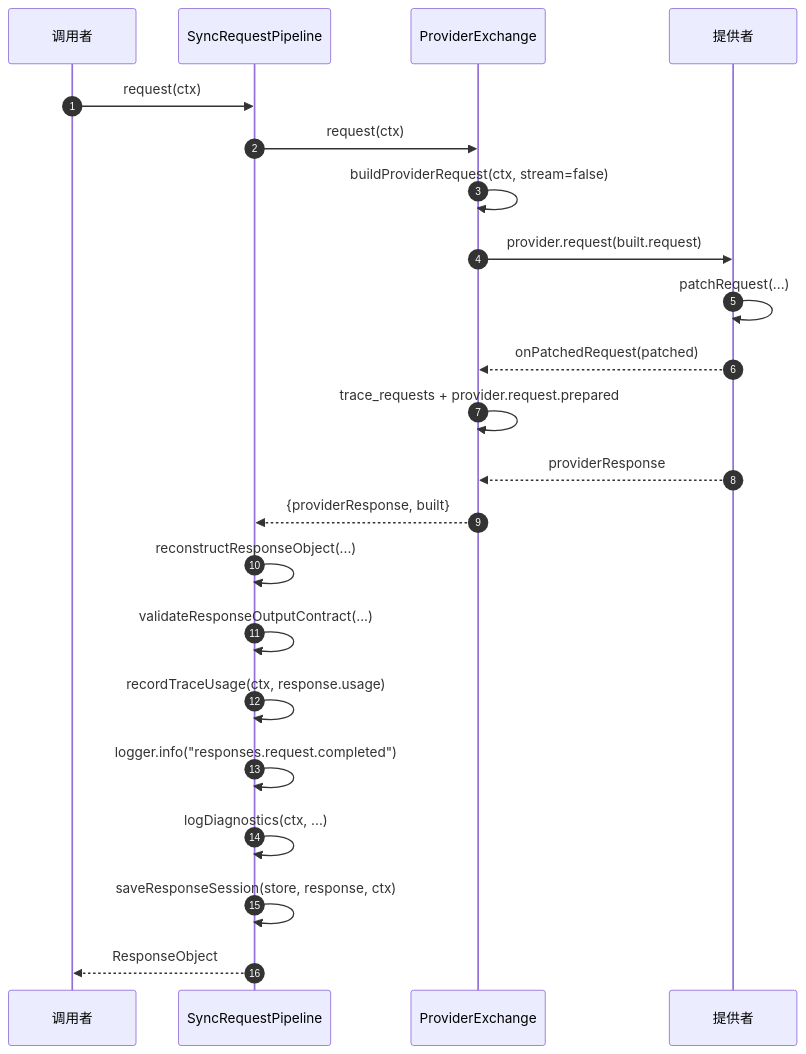
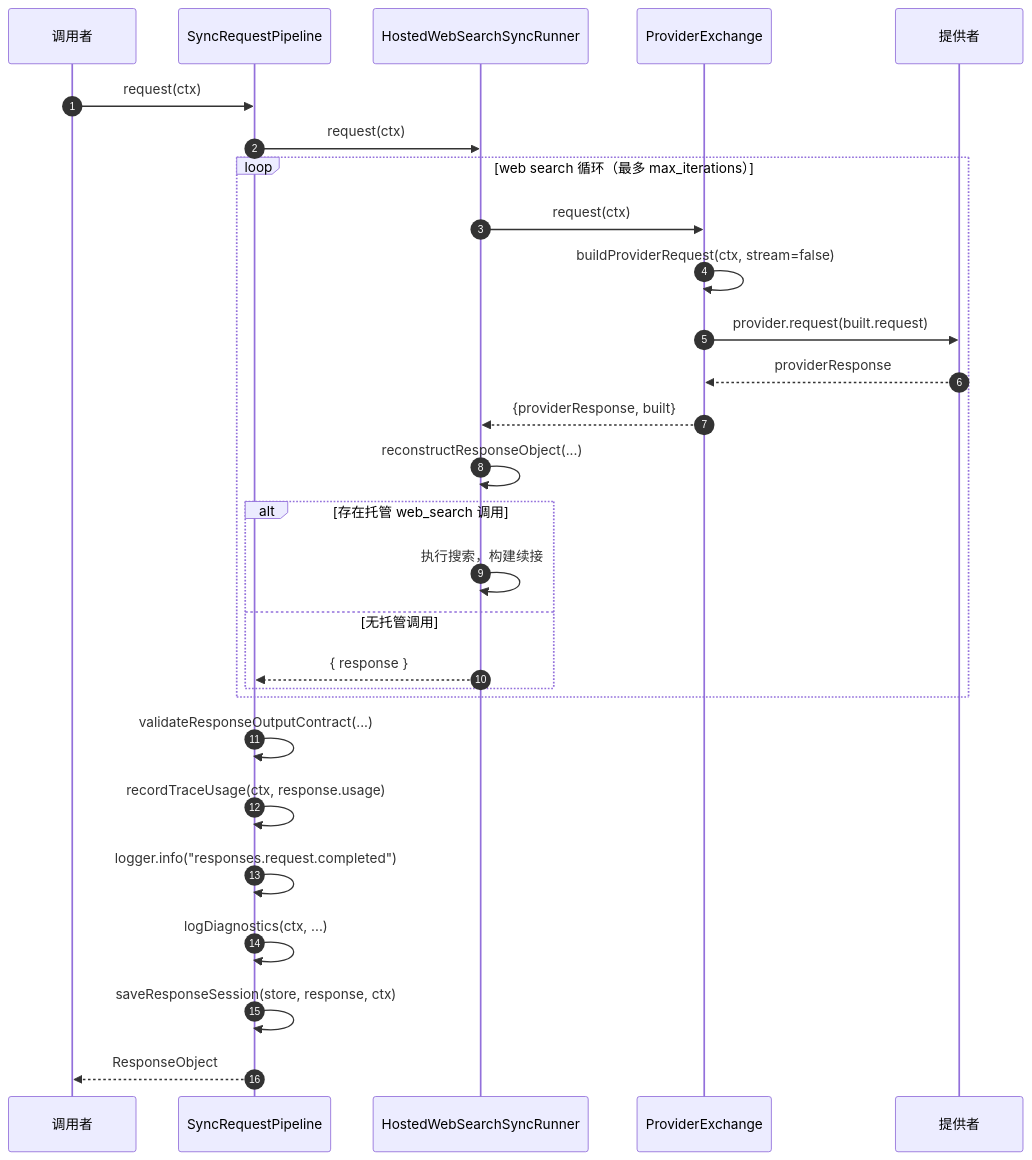
Before and after one commit to Ahoo-Wang/GodeX: the first of 2 diagrams in wiki/zh/02-architecture/sync-pipeline.md, drawn with Mermaid. The commit also changed other lines of this file and 70 other files, not shown here.

````diff
--- a/wiki/zh/02-architecture/sync-pipeline.md
+++ b/wiki/zh/02-architecture/sync-pipeline.md
@@ -34,25 +34,31 @@
 ```mermaid
 sequenceDiagram
     autonumber
     participant C as 调用者
     participant S as SyncRequestPipeline
+    participant R as HostedWebSearchSyncRunner
     participant E as ProviderExchange
     participant P as 提供者
 
     C->>S: request(ctx)
-    S->>E: request(ctx)
-    E->>E: buildProviderRequest(ctx, stream=false)
-    E->>P: provider.request(built.request)
-    P->>P: patchRequest(...)
-    P-->>E: onPatchedRequest(patched)
-    E->>E: trace_requests + provider.request.prepared
-    P-->>E: providerResponse
-    E-->>S: {providerResponse, built}
-    S->>S: reconstructResponseObject(...)
+    S->>R: request(ctx)
+    loop web search 循环（最多 max_iterations）
+        R->>E: request(ctx)
+        E->>E: buildProviderRequest(ctx, stream=false)
+        E->>P: provider.request(built.request)
+        P-->>E: providerResponse
+        E-->>R: {providerResponse, built}
+        R->>R: reconstructResponseObject(...)
+        alt 存在托管 web_search 调用
+            R->>R: 执行搜索，构建续接
+        else 无托管调用
+            R-->>S: { response }
+        end
+    end
     S->>S: validateResponseOutputContract(...)
     S->>S: recordTraceUsage(ctx, response.usage)
     S->>S: logger.info("responses.request.completed")
     S->>S: logDiagnostics(ctx, ...)
     S->>S: saveResponseSession(store, response, ctx)
     S-->>C: ResponseObject
 ```
````
